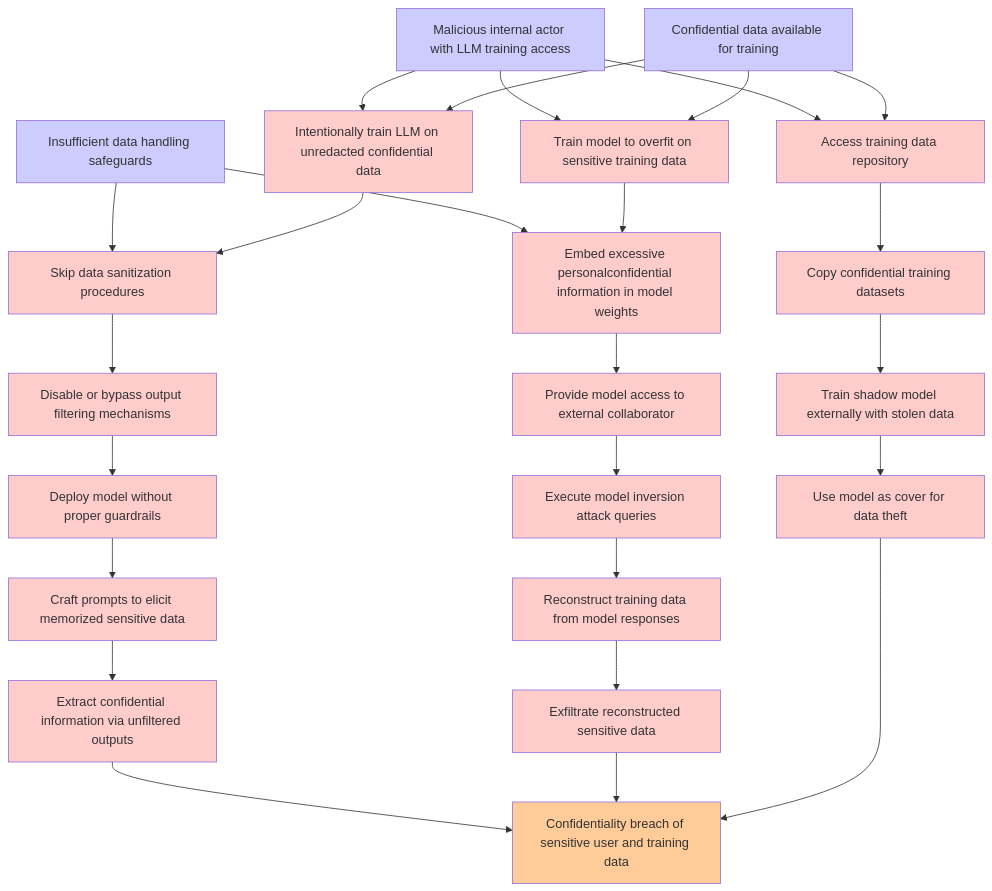
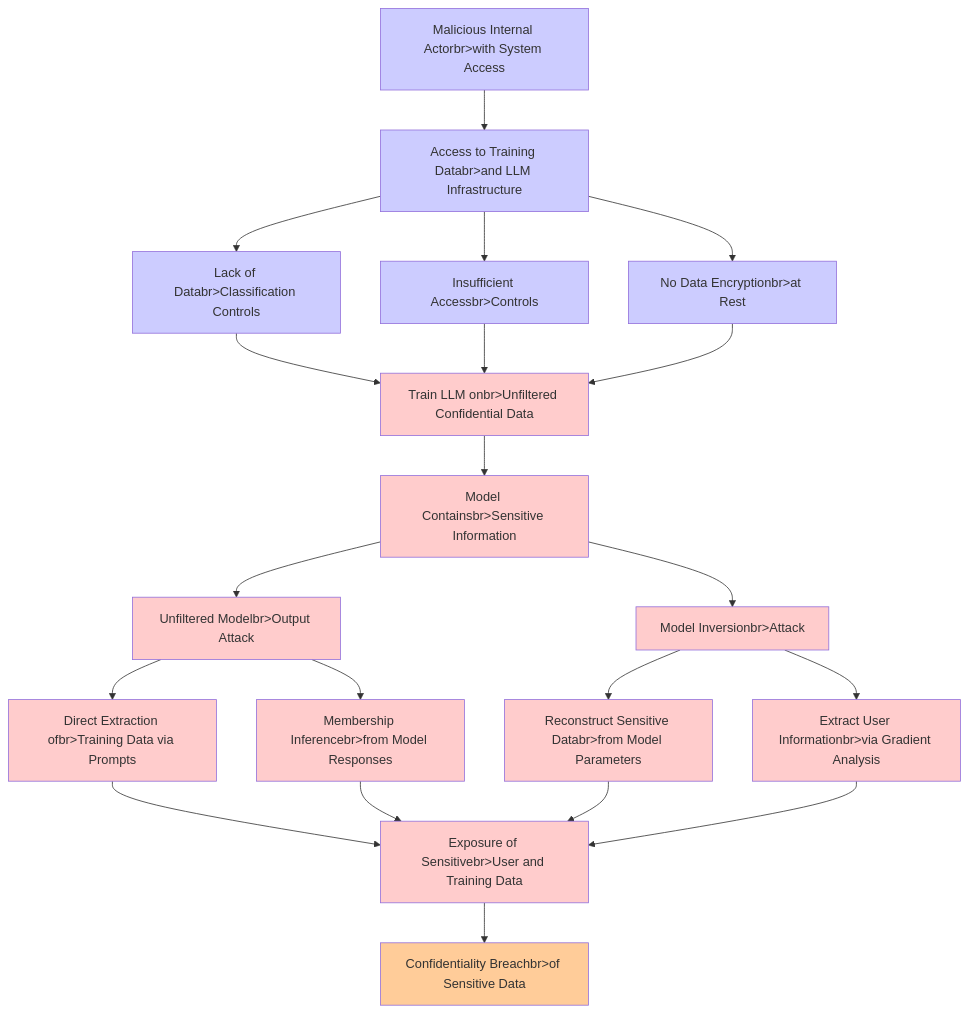
One commit to aws-samples/sample-agentic-attack-tree-generator changed the diagram in sample-applications/genai-chatbot/threatforest/attack_trees/attack_tree_f31ca02f-49a0-44df-8718-0e56d500ed4f_llm02_sensitiveinfo_disclosure.md. Above: the diagram before and after it, drawn with Mermaid. The commit also changed other lines of this file and 310 other files, not shown here.

````diff
--- a/sample-applications/genai-chatbot/threatforest/attack_trees/attack_tree_f31ca02f-49a0-44df-8718-0e56d500ed4f_llm02_sensitiveinfo_disclosure.md
+++ b/sample-applications/genai-chatbot/threatforest/attack_trees/attack_tree_f31ca02f-49a0-44df-8718-0e56d500ed4f_llm02_sensitiveinfo_disclosure.md
@@ -8,62 +8,29 @@
 ```mermaid
 graph TD
-    GOAL[" Confidentiality breach of sensitive user and training data"]
-    %% Initial Facts/Conditions
-    FACT1["Malicious internal actor with LLM training access"]
-    FACT2["Confidential data available for training"]
-    FACT3["Insufficient data handling safeguards"]
-    %% Attack Path 1: Unfiltered Model Outputs
-    A1["Intentionally train LLM on unredacted confidential data"]
-    A2["Skip data sanitization procedures"]
-    A3["Disable or bypass output filtering mechanisms"]
-    A4["Deploy model without proper guardrails"]
-    A5["Craft prompts to elicit memorized sensitive data"]
-    A6["Extract confidential information via unfiltered outputs"]
-    %% Attack Path 2: Model Inversion Attack
-    B1["Train model to overfit on sensitive training data"]
-    B2["Embed excessive personalconfidential information in model weights"]
-    B3["Provide model access to external collaborator"]
-    B4["Execute model inversion attack queries"]
-    B5["Reconstruct training data from model responses"]
-    B6["Exfiltrate reconstructed sensitive data"]
-    %% Attack Path 3: Direct Data Exfiltration via Training Pipeline
-    C1["Access training data repository"]
-    C2["Copy confidential training datasets"]
-    C3["Train shadow model externally with stolen data"]
-    C4["Use model as cover for data theft"]
-    %% Connections - Path 1
-    FACT1 --> A1
-    FACT2 --> A1
-    FACT3 --> A2
-    A1 --> A2
-    A2 --> A3
-    A3 --> A4
-    A4 --> A5
-    A5 --> A6
-    A6 --> GOAL
-    %% Connections - Path 2
-    FACT1 --> B1
-    FACT2 --> B1
-    FACT3 --> B2
-    B1 --> B2
-    B2 --> B3
-    B3 --> B4
-    B4 --> B5
-    B5 --> B6
-    B6 --> GOAL
-    %% Connections - Path 3
-    FACT1 --> C1
-    FACT2 --> C1
-    C1 --> C2
-    C2 --> C3
-    C3 --> C4
-    C4 --> GOAL
-    %% Styling
+    A["Malicious Internal Actorbr>with System Access"] --> B["Access to Training Databr>and LLM Infrastructure"]
+    B --> C["Lack of Databr>Classification Controls"]
+    B --> D["Insufficient Accessbr>Controls"]
+    B --> E["No Data Encryptionbr>at Rest"]
+    C --> F["Train LLM onbr>Unfiltered Confidential Data"]
+    D --> F
+    E --> F
+    F --> G["Model Containsbr>Sensitive Information"]
+    G --> H["Unfiltered Modelbr>Output Attack"]
+    G --> I["Model Inversionbr>Attack"]
+    H --> J["Direct Extraction ofbr>Training Data via Prompts"]
+    H --> K["Membership Inferencebr>from Model Responses"]
+    I --> L["Reconstruct Sensitive Databr>from Model Parameters"]
+    I --> M["Extract User Informationbr>via Gradient Analysis"]
+    J --> N["Exposure of Sensitivebr>User and Training Data"]
+    K --> N
+    L --> N
+    M --> N
+    N --> O["Confidentiality Breachbr>of Sensitive Data"]
+    classDef fact fill:#ccccff
     classDef attack fill:#ffcccc
     classDef goal fill:#ffcc99
-    classDef fact fill:#ccccff
-    class A1,A2,A3,A4,A5,A6,B1,B2,B3,B4,B5,B6,C1,C2,C3,C4 attack
-    class GOAL goal
-    class FACT1,FACT2,FACT3 fact
+    class A,B,C,D,E fact
+    class F,G,H,I,J,K,L,M,N attack
+    class O goal
     classDef mitigation fill:#ccffcc
 ```
````
